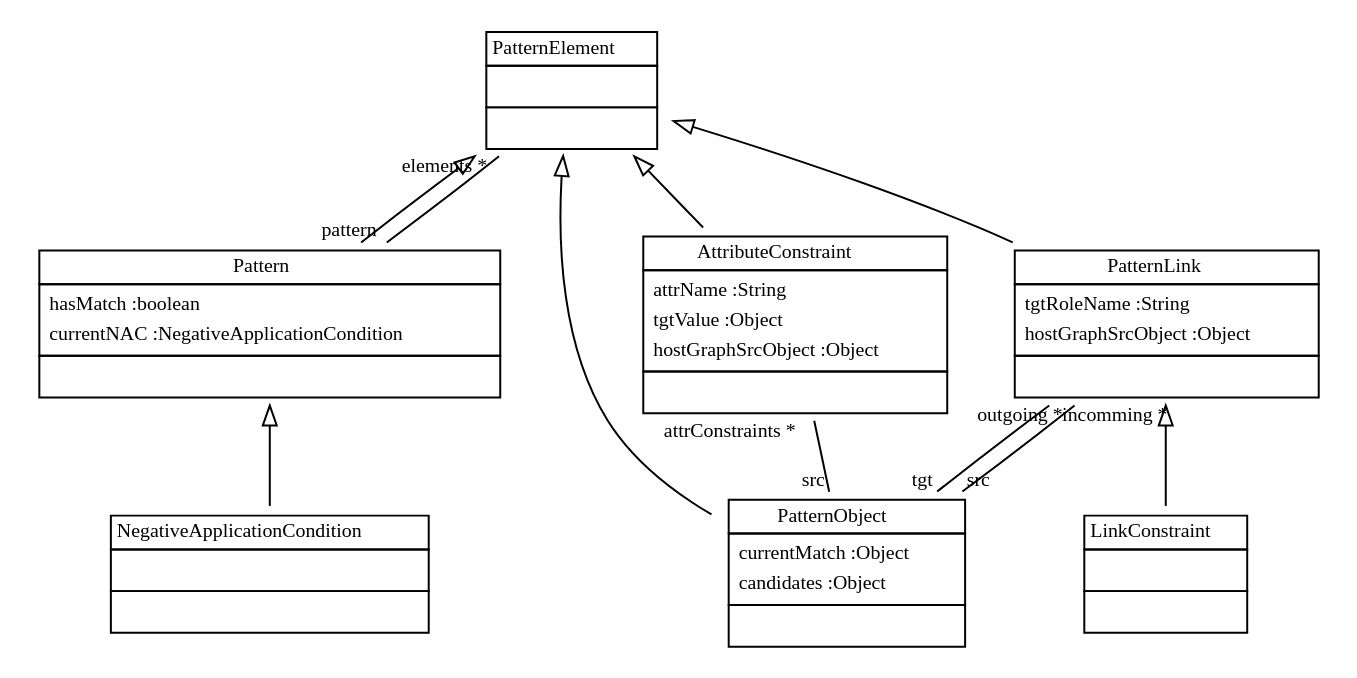
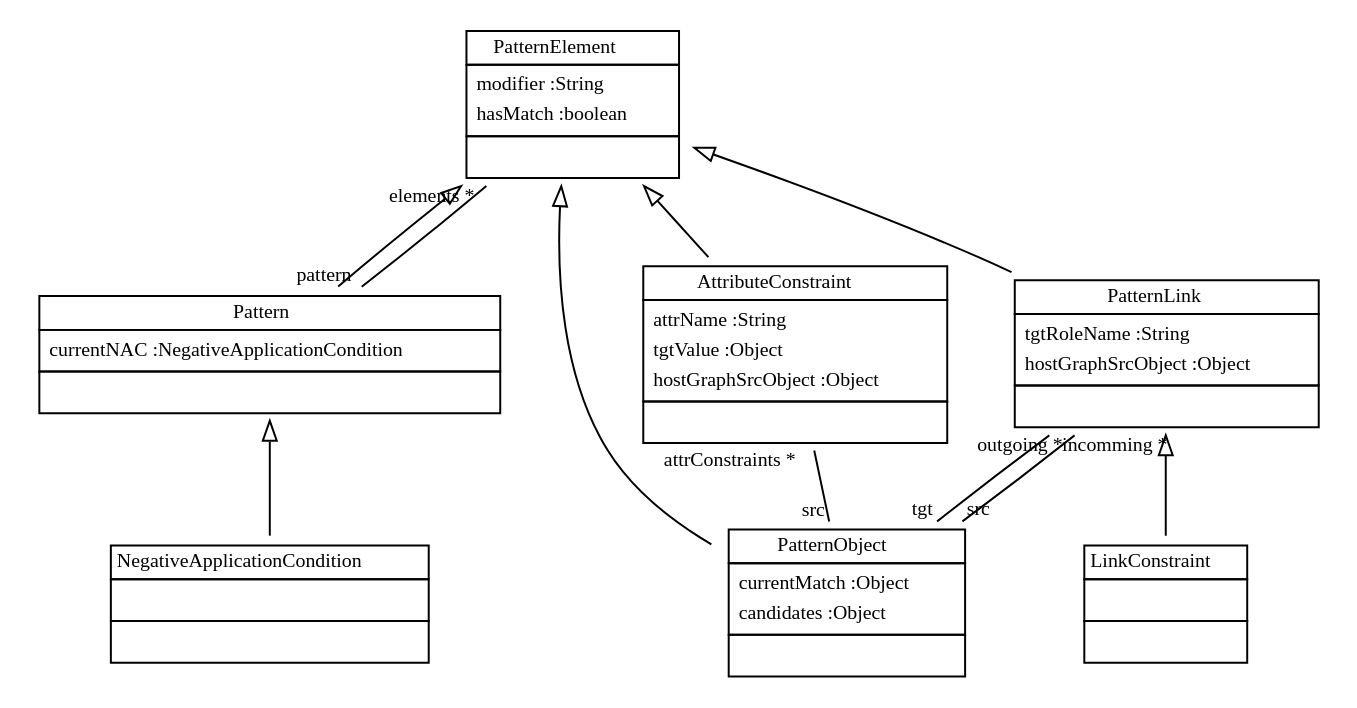
One commit to fujaba/SDMLib changed the diagram in doc/PatternModel01.dot. Above: the diagram before and after it, drawn with Graphviz. The commit also changed 44 other files, not shown here.

```diff
--- a/doc/PatternModel01.dot
+++ b/doc/PatternModel01.dot
@@ -1,27 +1,27 @@
 
  digraph ClassDiagram {
     node [shape = none, fontsize = 10]; 
     edge [fontsize = 10];
     
     
-    PatternElement [label=<<table border='0' cellborder='1' cellspacing='0'> <tr> <td>PatternElement</td> </tr> <tr><td><table border='0' cellborder='0' cellspacing='0'> <tr><td> </td></tr> </table></td></tr> <tr><td><table border='0' cellborder='0' cellspacing='0'> <tr><td> </td></tr> </table></td></tr> </table>>];
-    Pattern [label=<<table border='0' cellborder='1' cellspacing='0'> <tr> <td>Pattern</td> </tr> <tr><td><table border='0' cellborder='0' cellspacing='0'> <tr><td align='left'>hasMatch :boolean</td></tr> <tr><td align='left'>currentNAC :NegativeApplicationCondition</td></tr>  </table></td></tr> <tr><td><table border='0' cellborder='0' cellspacing='0'> <tr><td> </td></tr> </table></td></tr> </table>>];
+    PatternElement [label=<<table border='0' cellborder='1' cellspacing='0'> <tr> <td>PatternElement</td> </tr> <tr><td><table border='0' cellborder='0' cellspacing='0'> <tr><td align='left'>modifier :String</td></tr> <tr><td align='left'>hasMatch :boolean</td></tr>  </table></td></tr> <tr><td><table border='0' cellborder='0' cellspacing='0'> <tr><td> </td></tr> </table></td></tr> </table>>];
+    Pattern [label=<<table border='0' cellborder='1' cellspacing='0'> <tr> <td>Pattern</td> </tr> <tr><td><table border='0' cellborder='0' cellspacing='0'> <tr><td align='left'>currentNAC :NegativeApplicationCondition</td></tr>  </table></td></tr> <tr><td><table border='0' cellborder='0' cellspacing='0'> <tr><td> </td></tr> </table></td></tr> </table>>];
     NegativeApplicationCondition [label=<<table border='0' cellborder='1' cellspacing='0'> <tr> <td>NegativeApplicationCondition</td> </tr> <tr><td><table border='0' cellborder='0' cellspacing='0'> <tr><td> </td></tr> </table></td></tr> <tr><td><table border='0' cellborder='0' cellspacing='0'> <tr><td> </td></tr> </table></td></tr> </table>>];
     PatternObject [label=<<table border='0' cellborder='1' cellspacing='0'> <tr> <td>PatternObject</td> </tr> <tr><td><table border='0' cellborder='0' cellspacing='0'> <tr><td align='left'>currentMatch :Object</td></tr> <tr><td align='left'>candidates :Object</td></tr>  </table></td></tr> <tr><td><table border='0' cellborder='0' cellspacing='0'> <tr><td> </td></tr> </table></td></tr> </table>>];
     PatternLink [label=<<table border='0' cellborder='1' cellspacing='0'> <tr> <td>PatternLink</td> </tr> <tr><td><table border='0' cellborder='0' cellspacing='0'> <tr><td align='left'>tgtRoleName :String</td></tr> <tr><td align='left'>hostGraphSrcObject :Object</td></tr>  </table></td></tr> <tr><td><table border='0' cellborder='0' cellspacing='0'> <tr><td> </td></tr> </table></td></tr> </table>>];
     AttributeConstraint [label=<<table border='0' cellborder='1' cellspacing='0'> <tr> <td>AttributeConstraint</td> </tr> <tr><td><table border='0' cellborder='0' cellspacing='0'> <tr><td align='left'>attrName :String</td></tr> <tr><td align='left'>tgtValue :Object</td></tr> <tr><td align='left'>hostGraphSrcObject :Object</td></tr>  </table></td></tr> <tr><td><table border='0' cellborder='0' cellspacing='0'> <tr><td> </td></tr> </table></td></tr> </table>>];
     LinkConstraint [label=<<table border='0' cellborder='1' cellspacing='0'> <tr> <td>LinkConstraint</td> </tr> <tr><td><table border='0' cellborder='0' cellspacing='0'> <tr><td> </td></tr> </table></td></tr> <tr><td><table border='0' cellborder='0' cellspacing='0'> <tr><td> </td></tr> </table></td></tr> </table>>];
     
     
     
     PatternElement ->  Pattern [dir = "back" arrowtail = "empty"];
     Pattern ->  NegativeApplicationCondition [dir = "back" arrowtail = "empty"];
     PatternElement ->  PatternObject [dir = "back" arrowtail = "empty"];
     PatternElement ->  PatternLink [dir = "back" arrowtail = "empty"];
     PatternElement ->  AttributeConstraint [dir = "back" arrowtail = "empty"];
     PatternLink ->  LinkConstraint [dir = "back" arrowtail = "empty"];
     Pattern -> PatternElement [headlabel = "elements *" taillabel = "pattern" arrowhead = "none" ];
     PatternLink -> PatternObject [headlabel = "tgt" taillabel = "incomming *" arrowhead = "none" ];
     PatternLink -> PatternObject [headlabel = "src" taillabel = "outgoing *" arrowhead = "none" ];
     AttributeConstraint -> PatternObject [headlabel = "src" taillabel = "attrConstraints *" arrowhead = "none" ];
 }
```
